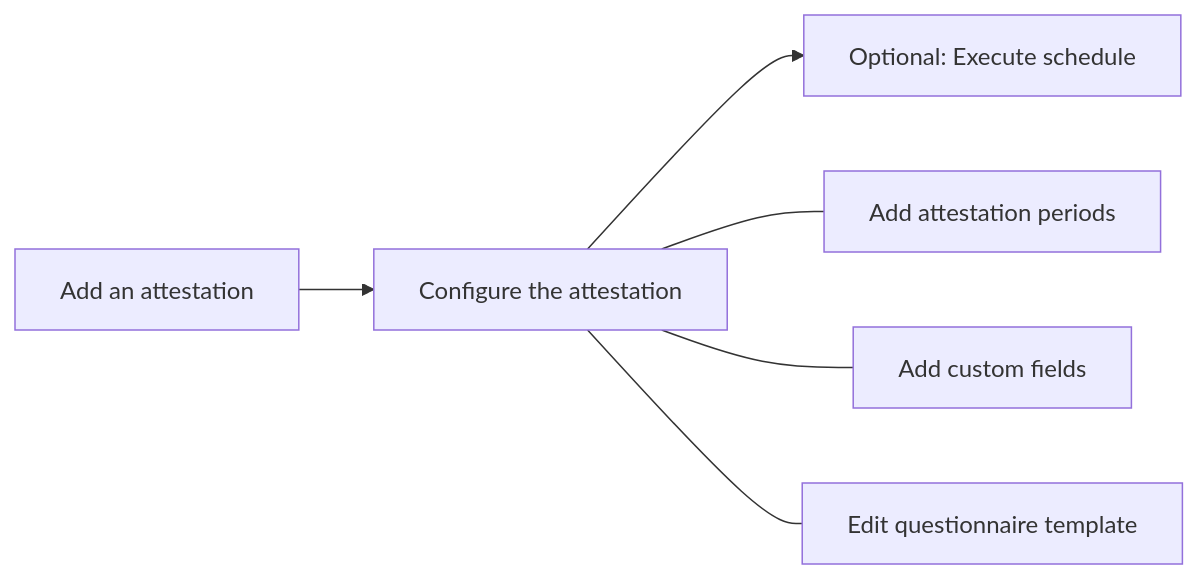
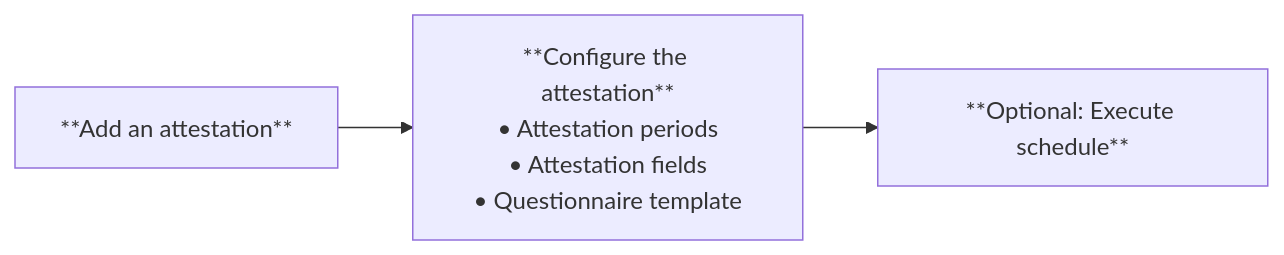
Before and after one commit to validmind/documentation: the diagram in site/guide/attestation/set-up-attestations.qmd, drawn with Mermaid. The commit also changed other lines of this file and 1 other file, not shown here.

````diff
--- a/site/guide/attestation/set-up-attestations.qmd
+++ b/site/guide/attestation/set-up-attestations.qmd
@@ -17,16 +10,8 @@
 ```{mermaid}
 flowchart LR
-    A["Add an attestation"] --> B["Configure the attestation"]
-    B --> C["Optional: Execute schedule"]
-    
-    B --- B1["Add attestation periods"]
-    B --- B2["Add custom fields"]
-    B --- B3["Edit questionnaire template"]
+    A["**Add an attestation**"] --> B["**Configure the attestation**<br>• Attestation periods<br>• Attestation fields<br>• Questionnaire template"] --> C["**Optional: Execute schedule**"]
     
     click A "#add-attestations" "Go to Add attestations section"
     click B "#configure-attestations" "Go to Configure attestations section"
     click C "#execute-attestation-schedules" "Go to Execute attestation schedules section"
-    click B1 "#add-attestation-periods" "Go to Add attestation periods section"
-    click B2 "#add-attestation-fields" "Go to Add attestation fields section"
-    click B3 "#edit-questionnaire-templates" "Go to Edit questionnaire templates section"
 ```
````
